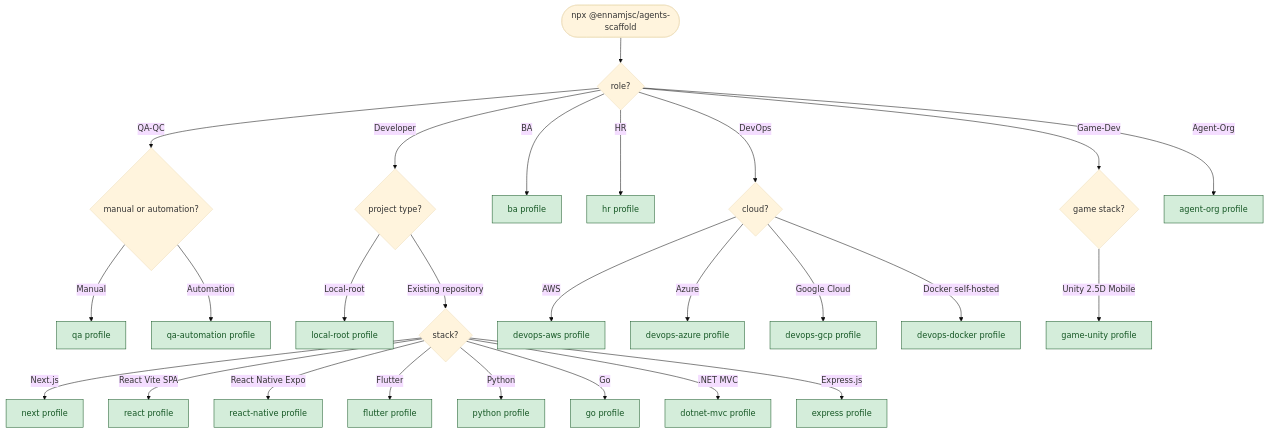
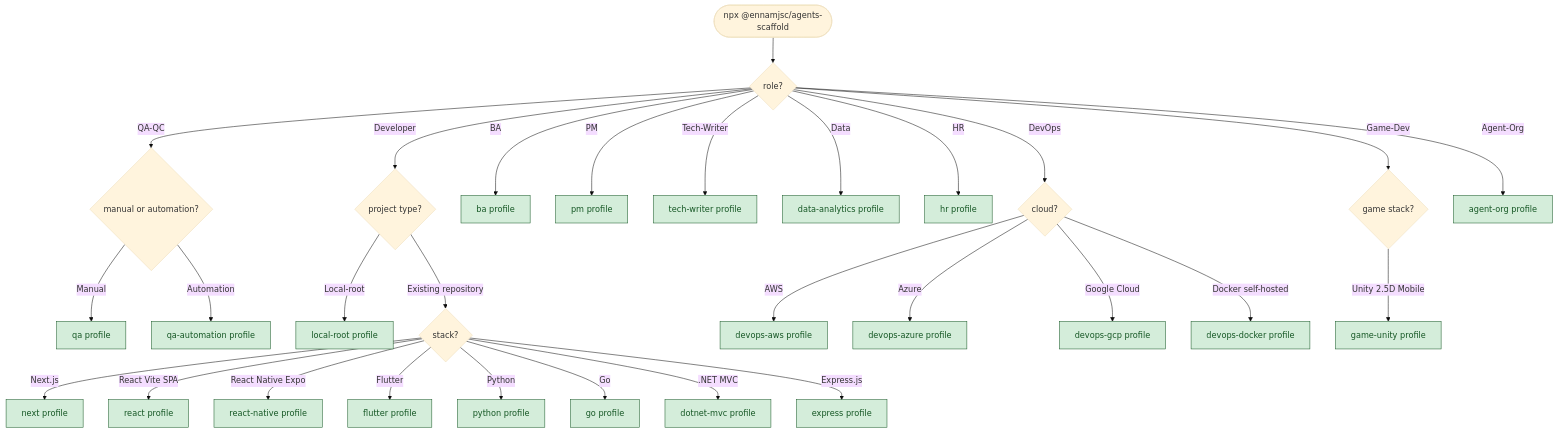
The diagram in README.md (En-Nam/ennam-agents-scaffold), drawn with Mermaid (base theme) before and after one commit. The commit also changed other lines of this file and 33 other files, not shown here.

First line of the commit message:
feat(v1.10.0): enterprise-roles expansion — pm, tech-writer, data-analytics profiles + --list catalog

````diff
--- a/README.md
+++ b/README.md
@@ -42,37 +42,40 @@
 ```mermaid
 flowchart TD
     Start([npx @ennamjsc/agents-scaffold]) --> Role{role?}
 
     Role -->|Developer| PType{project type?}
     Role -->|QA-QC| QAKind{manual or automation?}
     Role -->|BA| BA[ba profile]
+    Role -->|PM| PM[pm profile]
+    Role -->|Tech-Writer| TW[tech-writer profile]
+    Role -->|Data| DataP[data-analytics profile]
     Role -->|HR| HR[hr profile]
     Role -->|DevOps| Cloud{cloud?}
     Role -->|Game-Dev| GameStack{game stack?}
     Role -->|Agent-Org| AgentOrg[agent-org profile]
 
     QAKind -->|Manual| QA[qa profile]
     QAKind -->|Automation| QAAuto[qa-automation profile]
 
     PType -->|Local-root| LR[local-root profile]
     PType -->|Existing repository| Stack{stack?}
 
     Stack -->|Next.js| Next[next profile]
     Stack -->|React Vite SPA| React[react profile]
     Stack -->|React Native Expo| RN[react-native profile]
     Stack -->|Flutter| Flutter[flutter profile]
     Stack -->|Python| Python[python profile]
     Stack -->|Go| Go[go profile]
     Stack -->|.NET MVC| Dotnet[dotnet-mvc profile]
     Stack -->|Express.js| Express[express profile]
 
     Cloud -->|AWS| AWS[devops-aws profile]
     Cloud -->|Azure| Azure[devops-azure profile]
     Cloud -->|Google Cloud| GCP[devops-gcp profile]
     Cloud -->|Docker self-hosted| DockerProfile[devops-docker profile]
 
     GameStack -->|Unity 2.5D Mobile| GameUnity[game-unity profile]
 
     classDef leaf fill:#d4edda,stroke:#155724,color:#155724;
-    class QA,QAAuto,BA,HR,LR,Next,React,RN,Flutter,Python,Go,Dotnet,Express,AWS,Azure,GCP,DockerProfile,GameUnity,AgentOrg leaf;
+    class QA,QAAuto,BA,PM,TW,DataP,HR,LR,Next,React,RN,Flutter,Python,Go,Dotnet,Express,AWS,Azure,GCP,DockerProfile,GameUnity,AgentOrg leaf;
 ```
````
